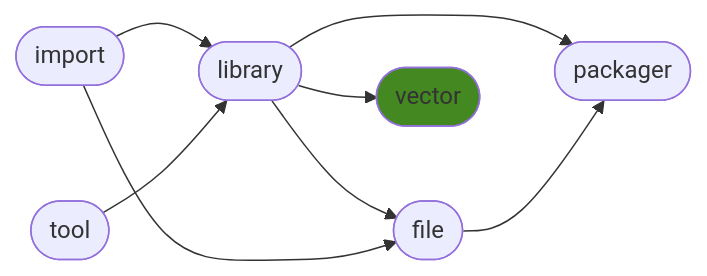
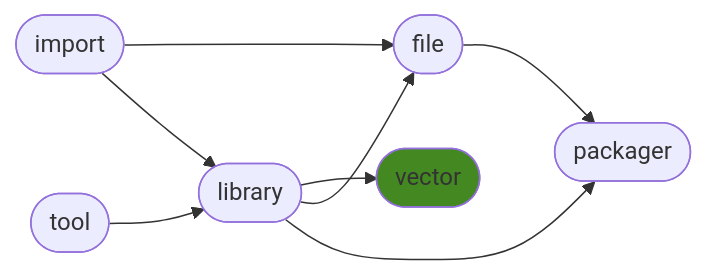
One commit to ManderaGeneral/generalvector changed the diagram in README.md. Above: the diagram before and after it, drawn with Mermaid. The commit also changed other lines of this file, not shown here.

````diff
--- a/README.md
+++ b/README.md
@@ -24,17 +24,17 @@
 ```mermaid
 flowchart LR
+2([library]) --> 4([vector])
+0([import]) --> 3([file])
+0([import]) --> 2([library])
 2([library]) --> 3([file])
+1([tool]) --> 2([library])
 2([library]) --> 5([packager])
-0([import]) --> 2([library])
-1([tool]) --> 2([library])
-0([import]) --> 3([file])
 3([file]) --> 5([packager])
-2([library]) --> 4([vector])
 click 0 "https://github.com/ManderaGeneral/generalimport"
 click 1 "https://github.com/ManderaGeneral/generaltool"
 click 2 "https://github.com/ManderaGeneral/generallibrary"
 click 3 "https://github.com/ManderaGeneral/generalfile"
 click 4 "https://github.com/ManderaGeneral/generalvector"
 click 5 "https://github.com/ManderaGeneral/generalpackager"
 style 4 fill:#482
 ```
````
